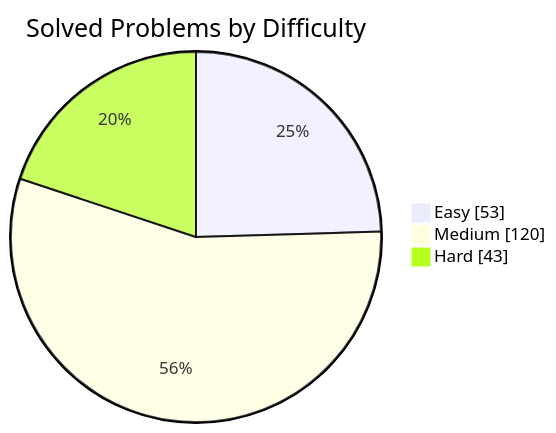
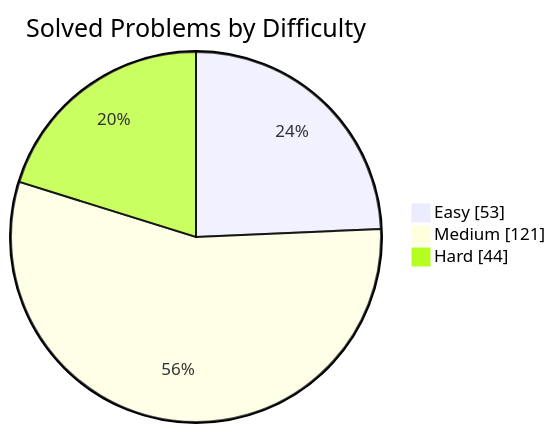
One commit to manikantbindass/DSA-Preparation-FAANG changed the first of 2 diagrams in README.md. Above: the diagram before and after it, drawn with Mermaid. The commit also changed other lines of this file and 1 other file, not shown here.

````diff
--- a/README.md
+++ b/README.md
@@ -40,7 +40,7 @@
 ```mermaid
 pie showData
     title Solved Problems by Difficulty
     "Easy" : 53
-    "Medium" : 120
-    "Hard" : 43
+    "Medium" : 121
+    "Hard" : 44
 ```
````
